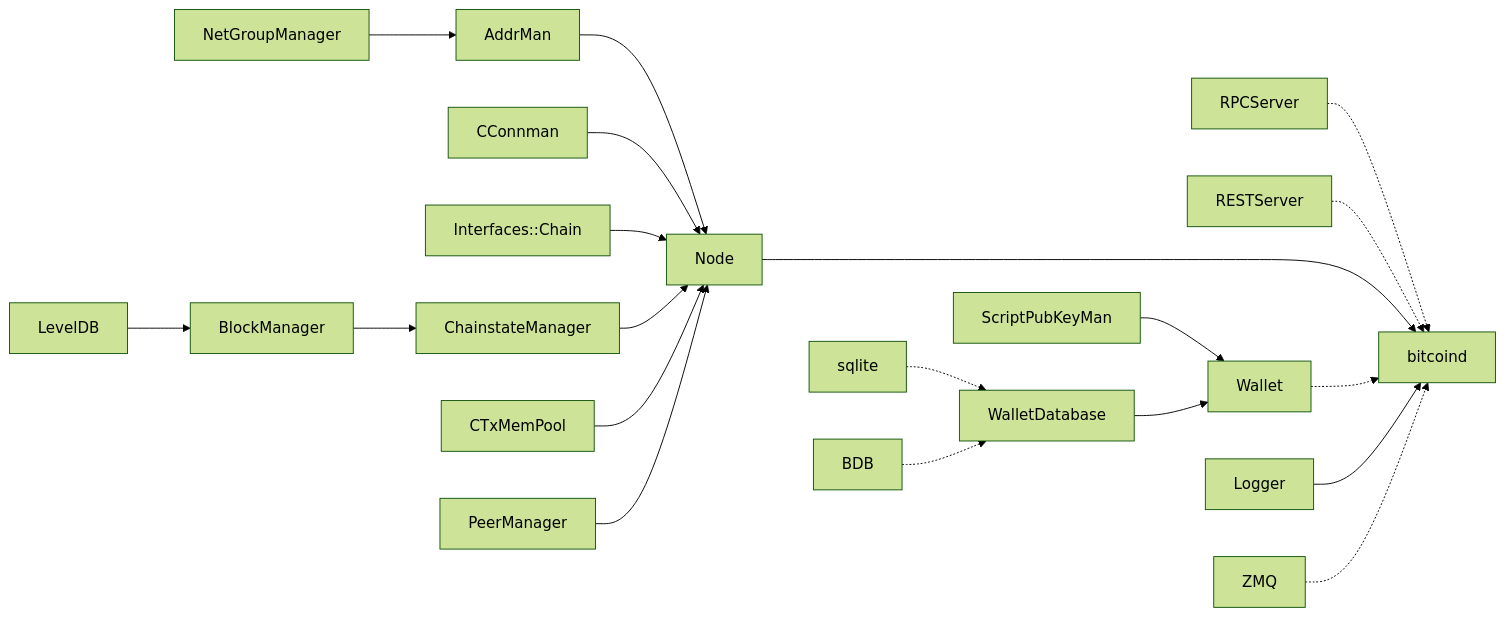
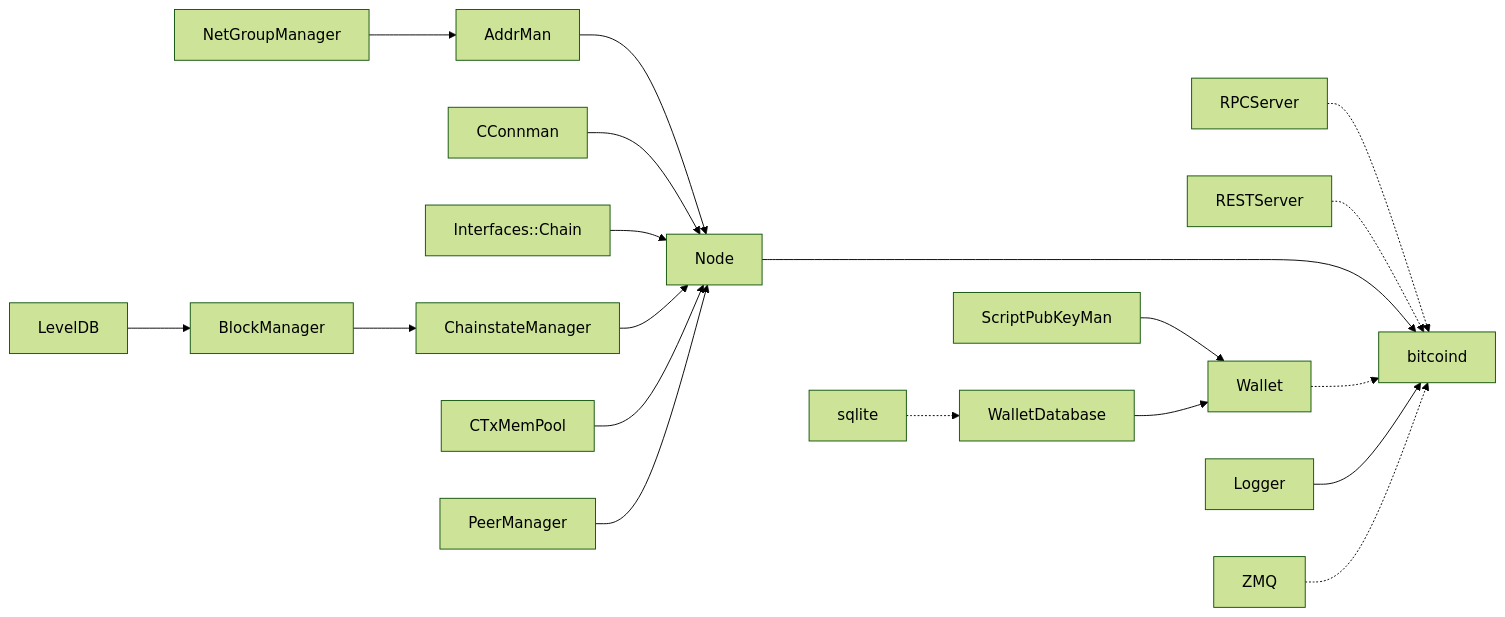
One commit to chaincodelabs/onboarding-to-bitcoin-core changed the first of 3 diagrams in components-overview.adoc. Above: the diagram before and after it, drawn with Mermaid (forest theme). The commit also changed other lines of this file, not shown here.

Commit message:
remove BDB and Legacy wallet mentions from graph

```diff
--- a/components-overview.adoc
+++ b/components-overview.adoc
@@ -14,24 +14,23 @@
 [mermaid, target=bitcoind-overview, id=bitcoind-overview]
 ....
 flowchart LR
     bitcoind
     RPCServer -.-> bitcoind
     RESTServer -.-> bitcoind
     Node -----> bitcoind
     AddrMan --> Node
     CConnman --> Node
     Interfaces::Chain --> Node
     ChainstateManager --> Node
     NetGroupManager --> AddrMan
     CTxMemPool --> Node
     PeerManager --> Node
     Wallet -.-> bitcoind
     ScriptPubKeyMan --> Wallet
     WalletDatabase --> Wallet
     sqlite -.-> WalletDatabase
-    BDB -.-> WalletDatabase
     Logger --> bitcoind
     ZMQ -.-> bitcoind
     BlockManager --> ChainstateManager
     LevelDB --> BlockManager
 ....
```
